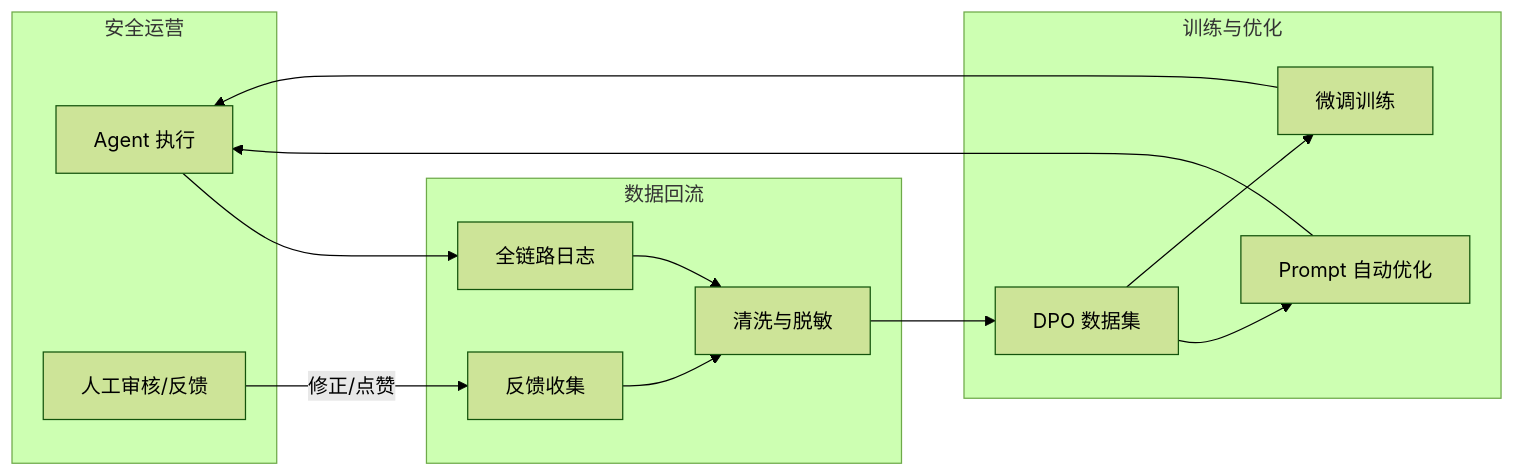
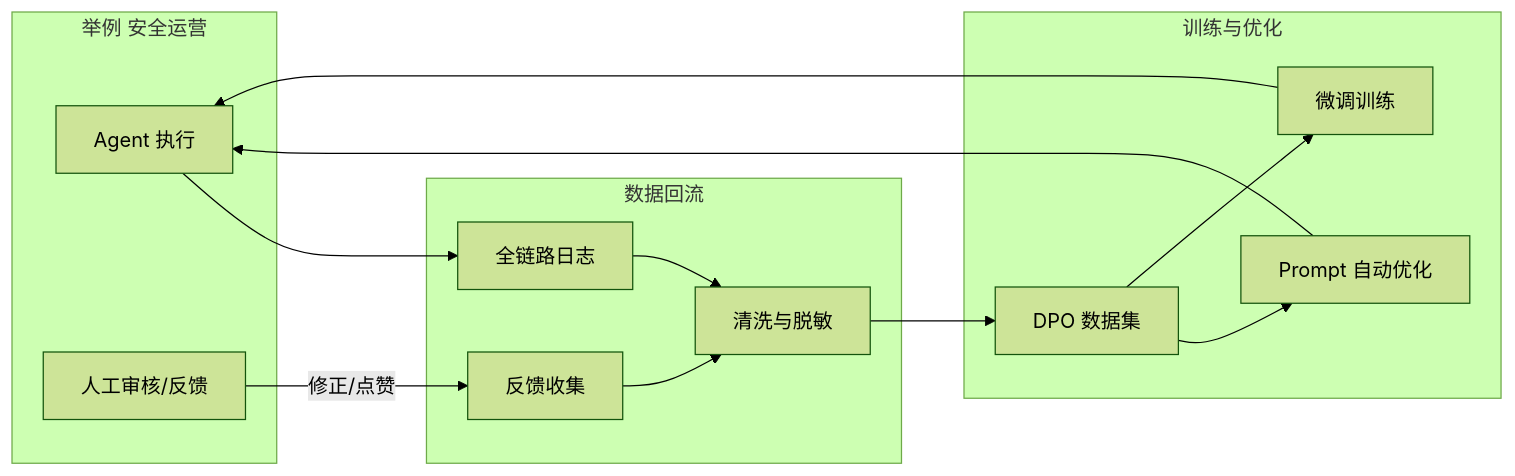
Before and after one commit to turtacn/OpenEAAP: the second of 3 diagrams in docs/architecture-v1.md, drawn with Mermaid (forest theme). The commit also changed other lines of this file, not shown here.

````diff
--- a/docs/architecture-v1.md
+++ b/docs/architecture-v1.md
@@ -226,27 +226,27 @@
 ```mermaid
 flowchart LR
-    subgraph Ops[安全运营]
+    subgraph Ops[举例 安全运营]
         Agent[Agent 执行]
         Human[人工审核/反馈]
     end
     
     subgraph Pipeline[数据回流]
         Log[全链路日志]
         Feedback[反馈收集]
         Clean[清洗与脱敏]
     end
     
     subgraph Training[训练与优化]
         DPO[DPO 数据集]
         APE[Prompt 自动优化]
         SFT[微调训练]
     end
     
     Agent --> Log
     Human -- 修正/点赞 --> Feedback
     Log & Feedback --> Clean
     Clean --> DPO
     DPO --> APE --> Agent
     DPO --> SFT --> Agent
 
 ```
````
